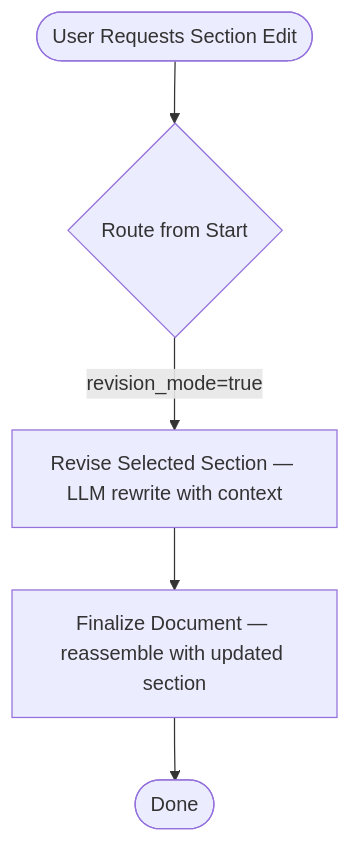
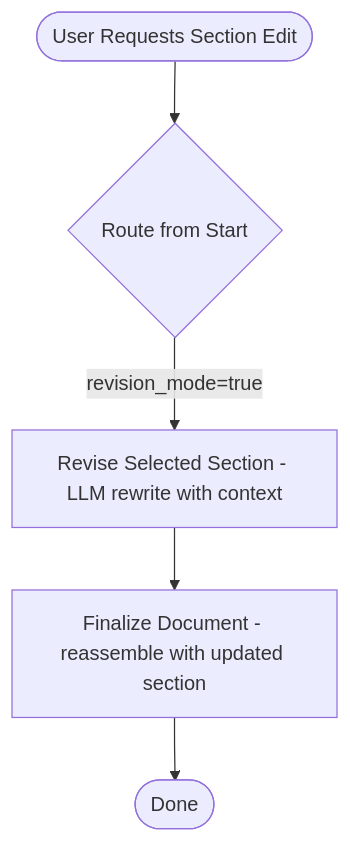
One commit to Ta1al/automated-SRS-generator changed the third of 3 diagrams in documentation/activity_diagram.md. Above: the diagram before and after it, drawn with Mermaid. The commit also changed other lines of this file and 22 other files, not shown here.

````diff
--- a/documentation/activity_diagram.md
+++ b/documentation/activity_diagram.md
@@ -87,7 +87,7 @@
 ```mermaid
 flowchart TD
     Start([User Requests Section Edit]) --> RouteStart{Route from Start}
-    RouteStart -->|revision_mode=true| Revise[Revise Selected Section — LLM rewrite with context]
-    Revise --> Finalize[Finalize Document — reassemble with updated section]
+    RouteStart -->|revision_mode=true| Revise[Revise Selected Section - LLM rewrite with context]
+    Revise --> Finalize[Finalize Document - reassemble with updated section]
     Finalize --> End([Done])
 ```
````
